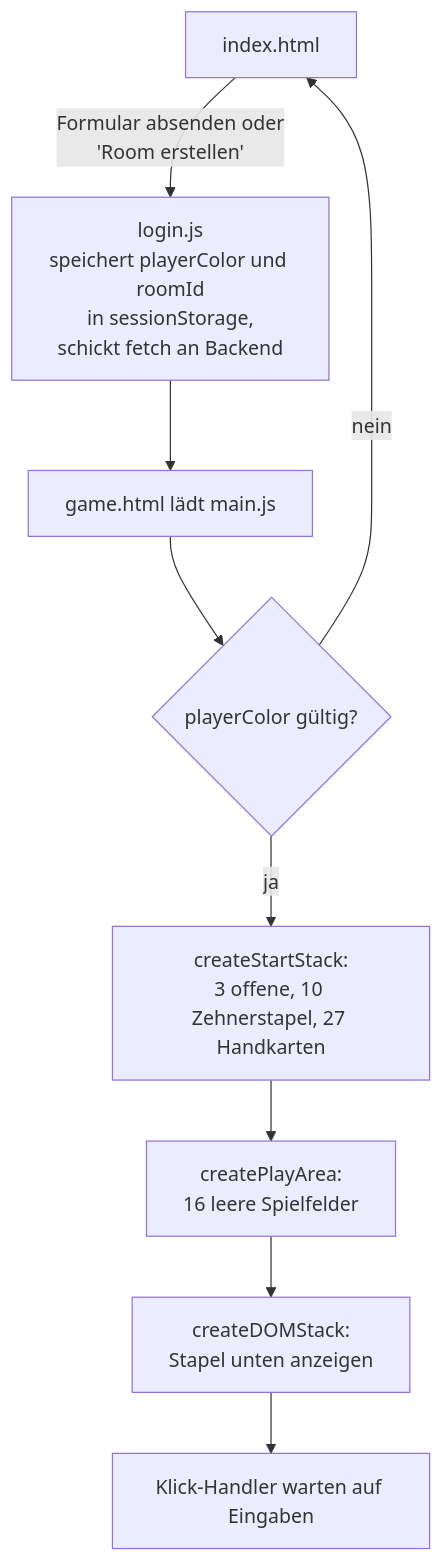
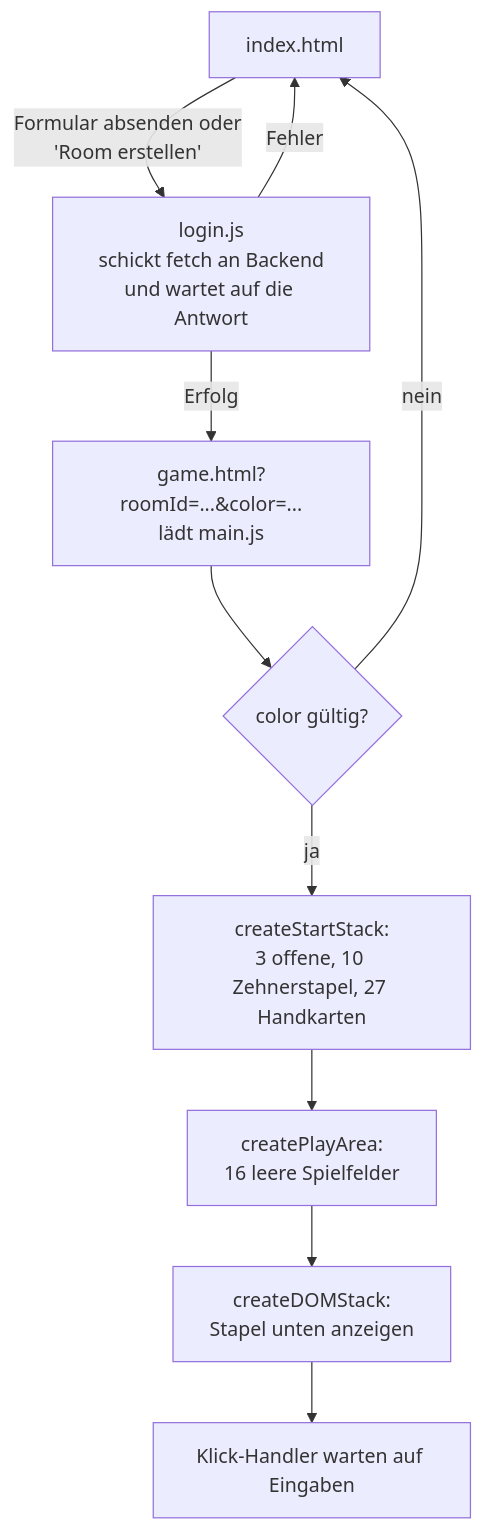
One commit to arunmael/Ligretto changed the diagram in Dokumentation/Technische-Doku.md. Above: the diagram before and after it, drawn with Mermaid. The commit also changed other lines of this file and 10 other files, not shown here.

````diff
--- a/Dokumentation/Technische-Doku.md
+++ b/Dokumentation/Technische-Doku.md
@@ -105,11 +105,12 @@
 ```mermaid
 flowchart TD
-    A[index.html] -->|Formular absenden oder<br>'Room erstellen'| B[login.js<br>speichert playerColor und roomId<br>in sessionStorage,<br>schickt fetch an Backend]
-    B --> C[game.html lädt main.js]
-    C --> D{playerColor gültig?}
+    A[index.html] -->|Formular absenden oder<br>'Room erstellen'| B[login.js<br>schickt fetch an Backend<br>und wartet auf die Antwort]
+    B -->|Fehler| A
+    B -->|Erfolg| C[game.html?roomId=...&color=...<br>lädt main.js]
+    C --> D{color gültig?}
     D -->|nein| A
     D -->|ja| E[createStartStack:<br>3 offene, 10 Zehnerstapel, 27 Handkarten]
     E --> F[createPlayArea:<br>16 leere Spielfelder]
     F --> G[createDOMStack:<br>Stapel unten anzeigen]
     G --> H[Klick-Handler warten auf Eingaben]
 ```
````
